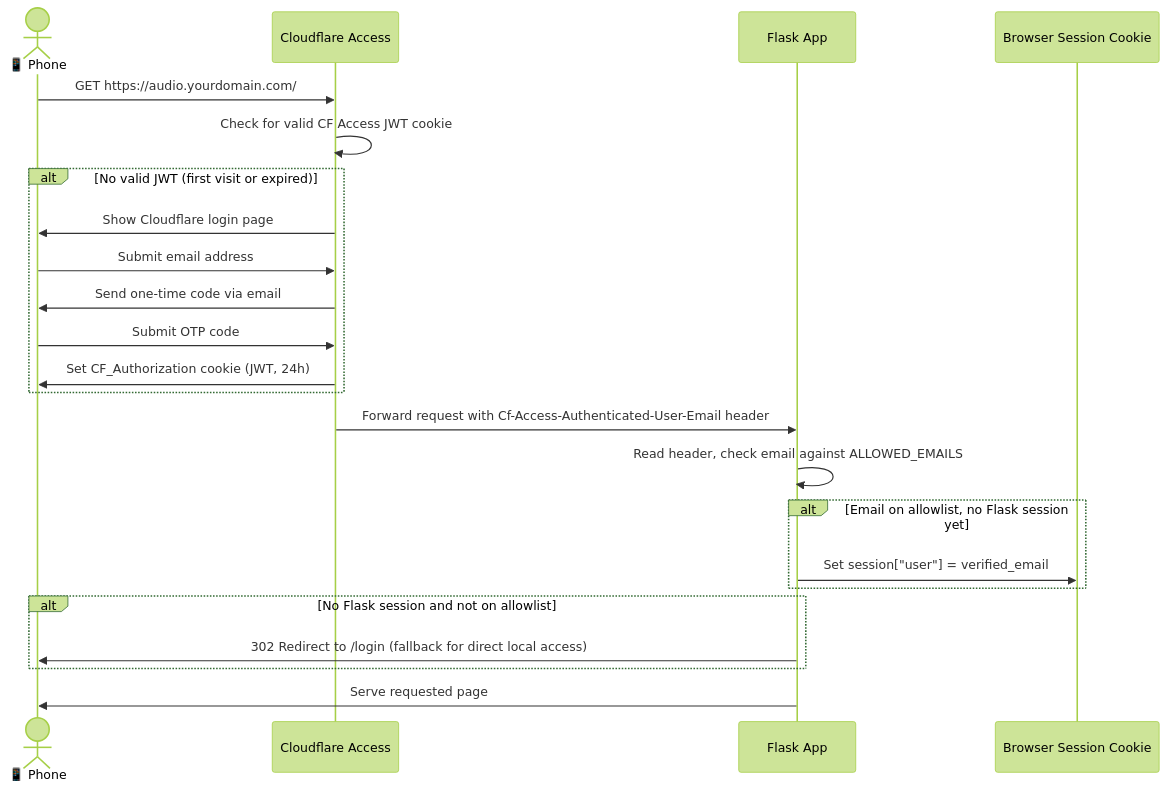
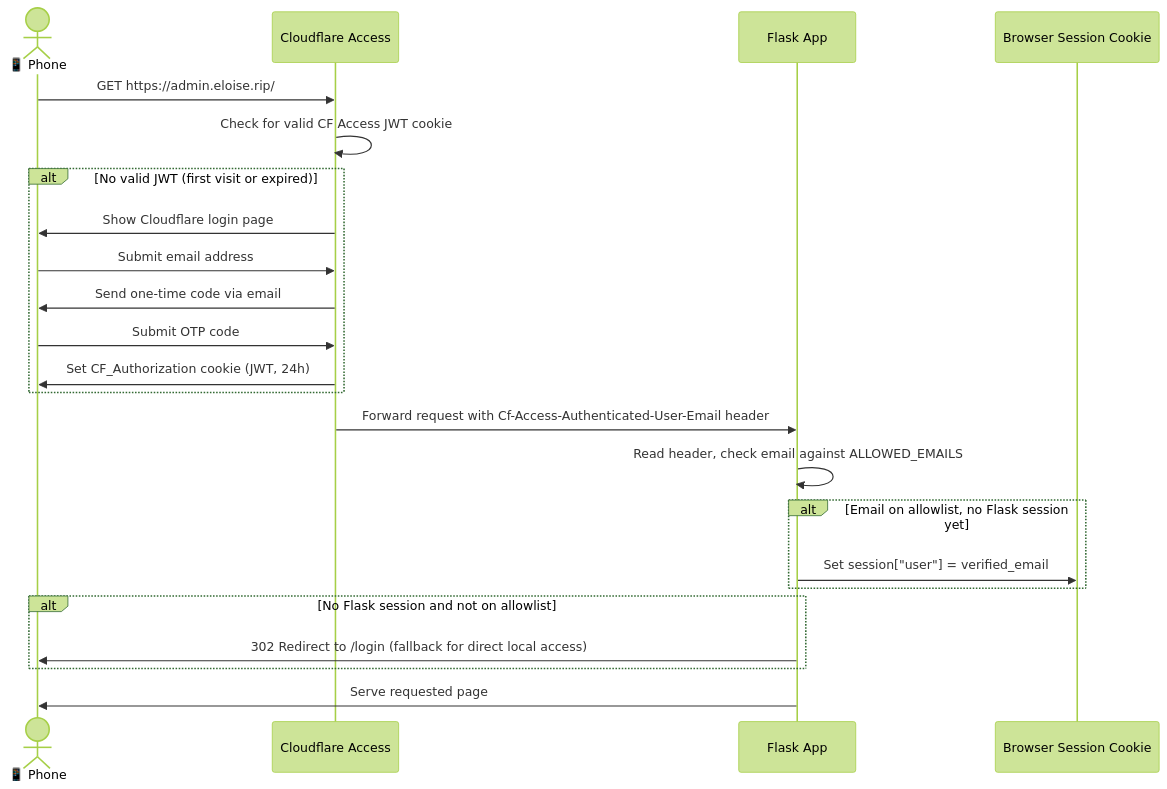
One commit to eloise-normal-name/eloise.rip changed the fifth of 6 diagrams in docs/audio-pipeline/audio-pipeline-docs.md. Above: the diagram before and after it, drawn with Mermaid (forest theme). The commit also changed other lines of this file, not shown here.

Commit message:
docs(audio-pipeline): record current Windows tunnel setup status

````diff
--- a/docs/audio-pipeline/audio-pipeline-docs.md
+++ b/docs/audio-pipeline/audio-pipeline-docs.md
@@ -150,26 +176,26 @@
 ```mermaid
 sequenceDiagram
     actor Phone as 📱 Phone
     participant CF as Cloudflare Access
     participant Flask as Flask App
     participant Session as Browser Session Cookie
 
-    Phone->>CF: GET https://audio.yourdomain.com/
+    Phone->>CF: GET https://admin.eloise.rip/
     CF->>CF: Check for valid CF Access JWT cookie
     alt No valid JWT (first visit or expired)
         CF->>Phone: Show Cloudflare login page
         Phone->>CF: Submit email address
         CF->>Phone: Send one-time code via email
         Phone->>CF: Submit OTP code
         CF->>Phone: Set CF_Authorization cookie (JWT, 24h)
     end
     CF->>Flask: Forward request with Cf-Access-Authenticated-User-Email header
     Flask->>Flask: Read header, check email against ALLOWED_EMAILS
     alt Email on allowlist, no Flask session yet
         Flask->>Session: Set session["user"] = verified_email
     end
     alt No Flask session and not on allowlist
         Flask->>Phone: 302 Redirect to /login (fallback for direct local access)
     end
     Flask->>Phone: Serve requested page
 ```
````
